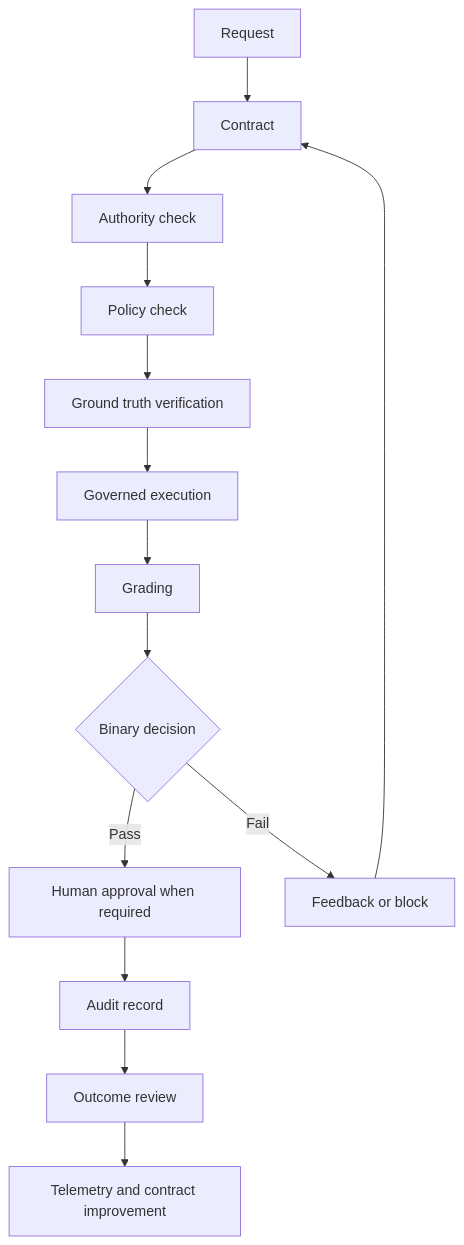
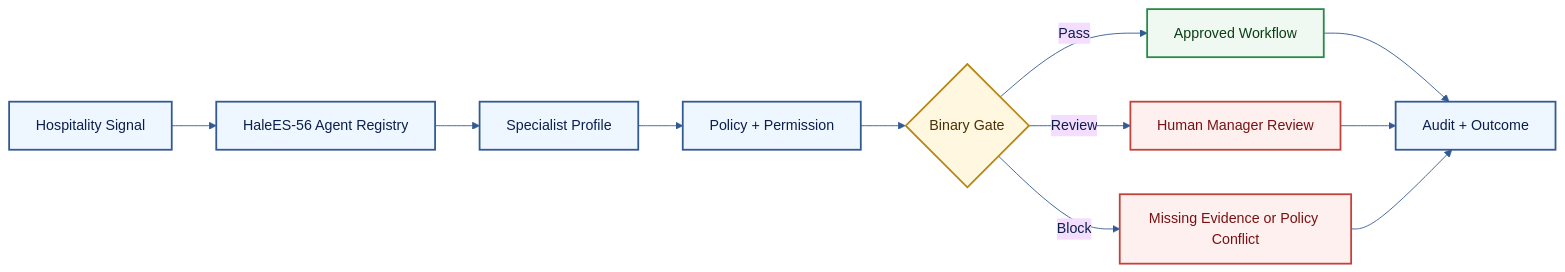
The diagram in README.md (FatherHale/HaleES-Architecture), drawn with Mermaid before and after one commit. The commit also changed other lines of this file, not shown here.

Commit message:
Refine README around evidence and reference artifacts

````diff
--- a/README.md
+++ b/README.md
@@ -190,16 +100,23 @@
 ```mermaid
-flowchart TD
-    A[Request] --> B[Contract]
-    B --> C[Authority check]
-    C --> D[Policy check]
-    D --> E[Ground truth verification]
-    E --> F[Governed execution]
-    F --> G[Grading]
-    G --> H{Binary decision}
-    H -->|Pass| I[Human approval when required]
-    H -->|Fail| J[Feedback or block]
-    J --> B
-    I --> K[Audit record]
-    K --> L[Outcome review]
-    L --> M[Telemetry and contract improvement]
+%%{init:{"theme":"base","themeVariables":{"background":"#FFFFFF","fontFamily":"Marcellus, Georgia, serif","fontSize":"16px","primaryTextColor":"#0B1F4D","lineColor":"#315A92"}}}%%
+flowchart LR
+    A[Hospitality Signal] --> B[HaleES-56 Agent Registry]
+    B --> C[Specialist Profile]
+    C --> D[Policy + Permission]
+    D --> E{Binary Gate}
+    E -->|Pass| F[Approved Workflow]
+    E -->|Review| G[Human Manager Review]
+    E -->|Block| H[Missing Evidence or Policy Conflict]
+    F --> I[Audit + Outcome]
+    G --> I
+    H --> I
+
+    classDef blue fill:#EEF6FF,stroke:#315A92,stroke-width:2px,color:#0B1F4D;
+    classDef gold fill:#FFF7DF,stroke:#B88712,stroke-width:2px,color:#4A3200;
+    classDef green fill:#EFF9F1,stroke:#278A46,stroke-width:2px,color:#0B3D16;
+    classDef red fill:#FFF0F0,stroke:#C2413B,stroke-width:2px,color:#7A1111;
+    class A,B,C,D,I blue;
+    class E gold;
+    class F green;
+    class G,H red;
 ```
````
